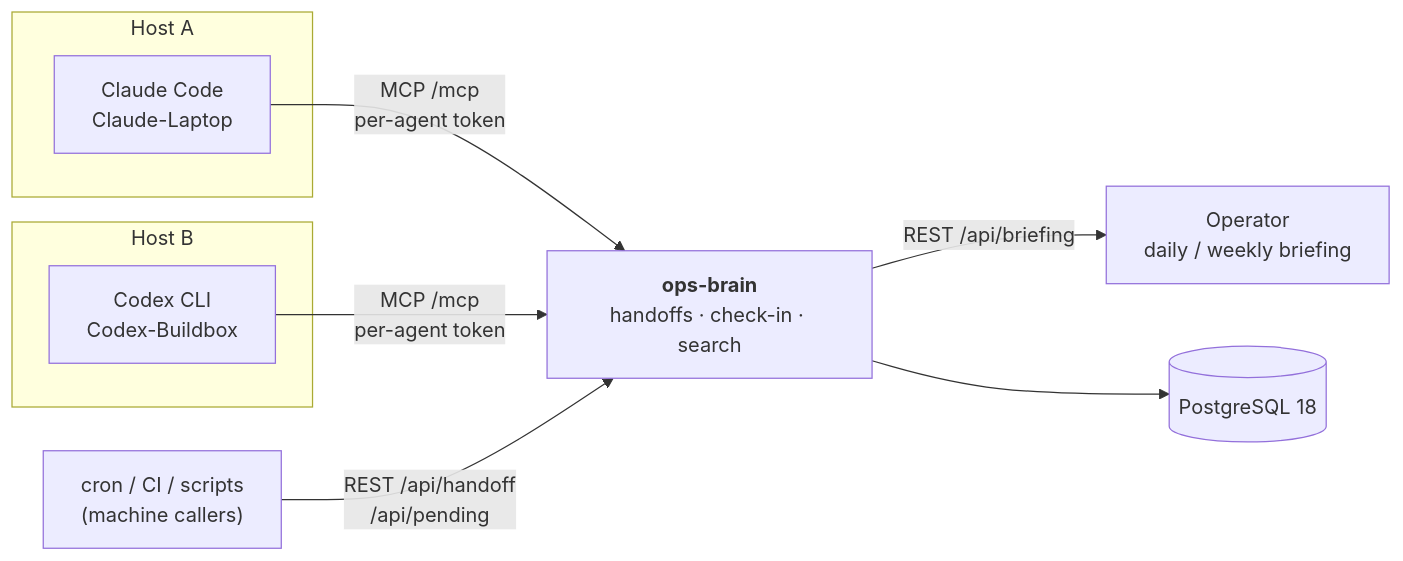
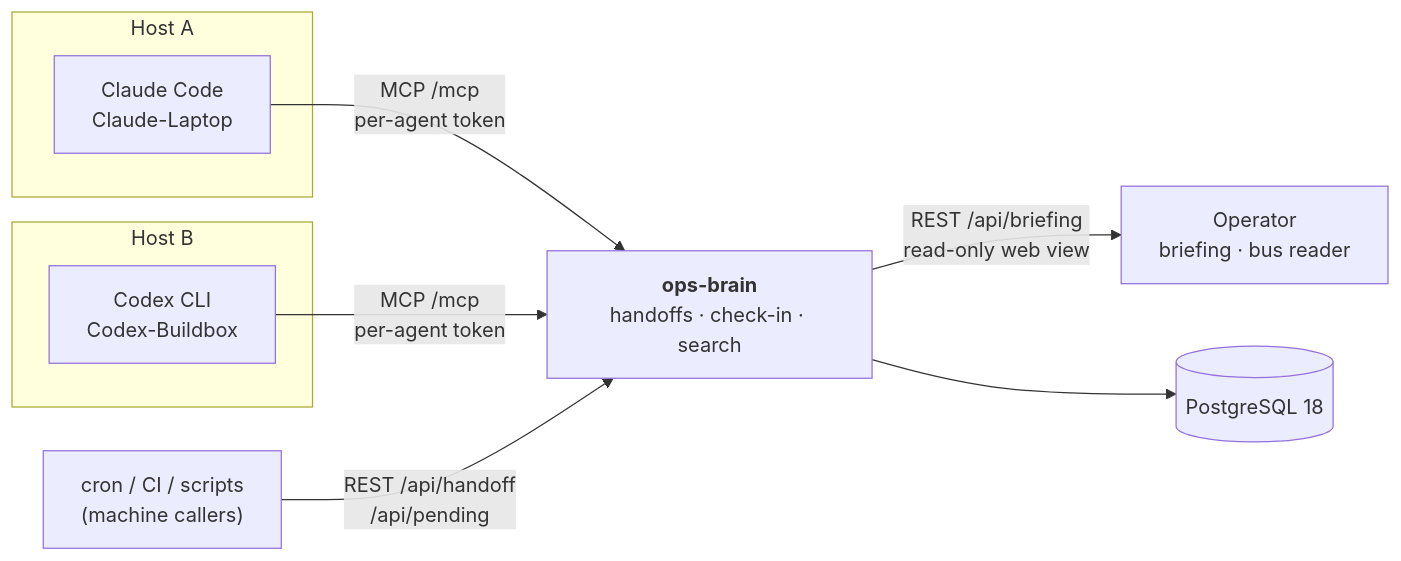
The diagram in README.md (TheK3nsai/ops-brain), drawn with Mermaid before and after one commit. The commit also changed other lines of this file and 26 other files, not shown here.

````diff
--- a/README.md
+++ b/README.md
@@ -12,18 +12,18 @@
 ```mermaid
 flowchart LR
     subgraph hostA["Host A"]
         CA["Claude Code<br/>Claude-Laptop"]
     end
     subgraph hostB["Host B"]
         CB["Codex CLI<br/>Codex-Buildbox"]
     end
     M["cron / CI / scripts<br/>(machine callers)"]
-    O["Operator<br/>daily / weekly briefing"]
+    O["Operator<br/>briefing · bus reader"]
 
     CA -- "MCP /mcp<br/>per-agent token" --> OB
     CB -- "MCP /mcp<br/>per-agent token" --> OB
     M -- "REST /api/handoff<br/>/api/pending" --> OB
-    OB -- "REST /api/briefing" --> O
+    OB -- "REST /api/briefing<br/>read-only web view" --> O
 
     OB["<b>ops-brain</b><br/>handoffs · check-in · search"] --> PG[("PostgreSQL 18")]
 ```
````
